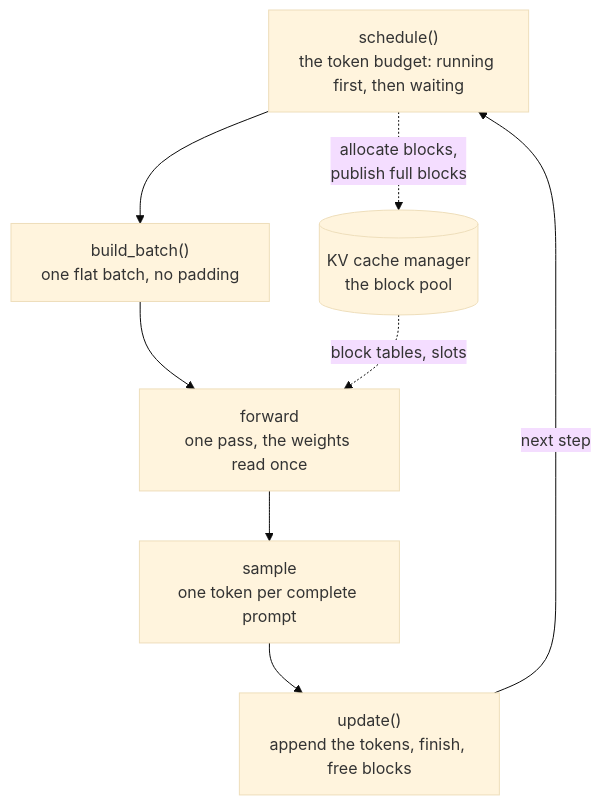
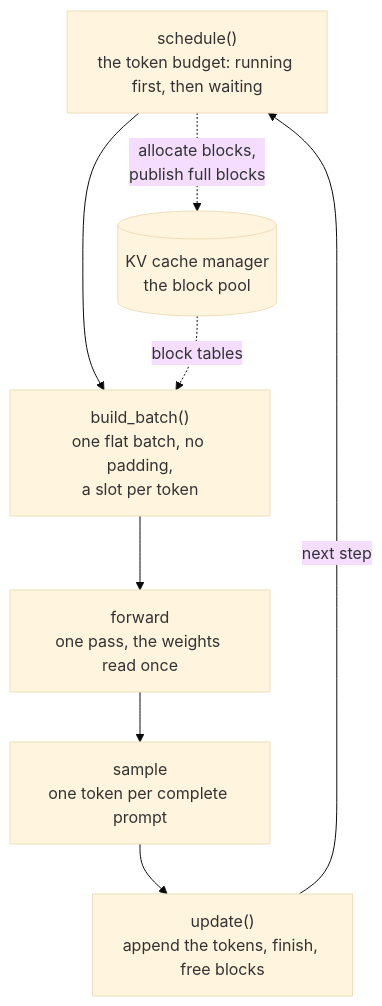
The diagram in 04-inference-engine/serving-engine/PRIMER.md (aniryou/full-stack-agentic-engineer), drawn with Mermaid (base theme) before and after one commit. The commit also changed other lines of this file and 51 other files, not shown here.

````diff
--- a/04-inference-engine/serving-engine/PRIMER.md
+++ b/04-inference-engine/serving-engine/PRIMER.md
@@ -36,10 +36,10 @@
 ```mermaid
 flowchart TB
-  S["schedule()<br/>the token budget: running first, then waiting"] --> B["build_batch()<br/>one flat batch, no padding"]
+  S["schedule()<br/>the token budget: running first, then waiting"] --> B["build_batch()<br/>one flat batch, no padding,<br/>a slot per token"]
   B --> F["forward<br/>one pass, the weights read once"]
   F --> P["sample<br/>one token per complete prompt"]
   P --> U["update()<br/>append the tokens, finish, free blocks"]
   U -->|"next step"| S
   S -.->|"allocate blocks,<br/>publish full blocks"| K[("KV cache manager<br/>the block pool")]
-  K -.->|"block tables, slots"| F
+  K -.->|"block tables"| B
 ```
````
